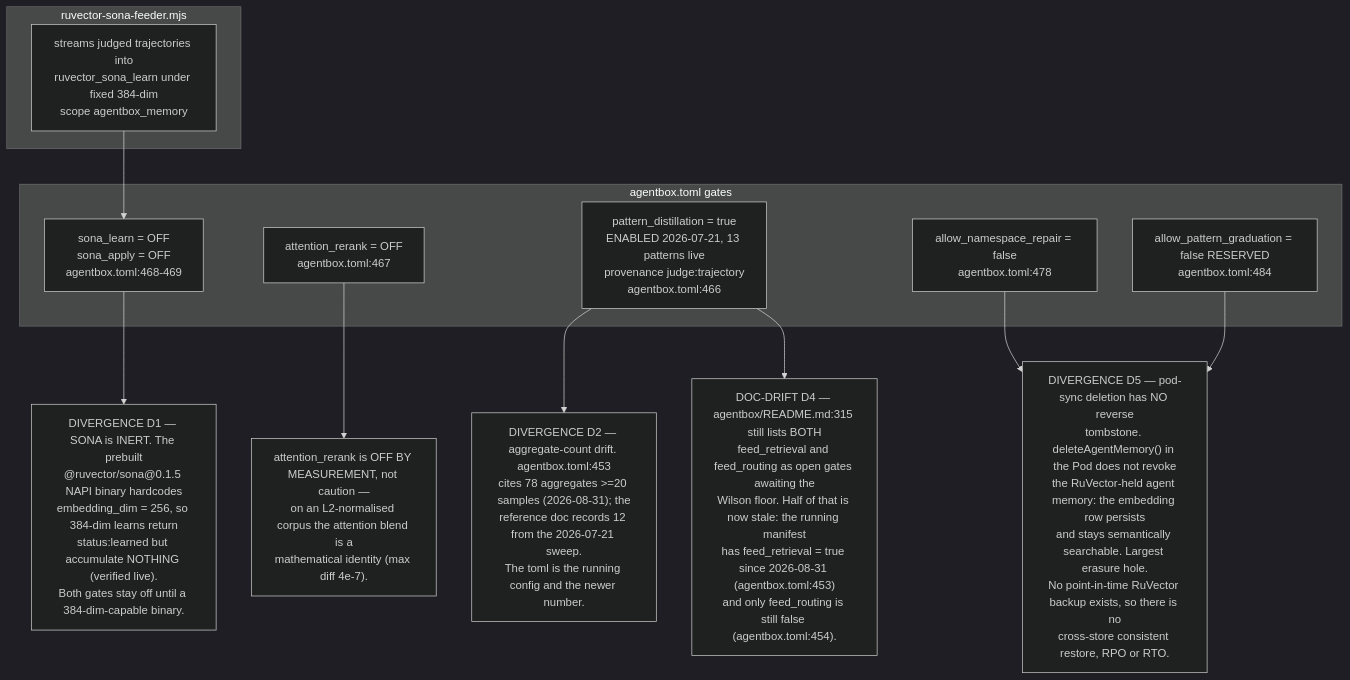
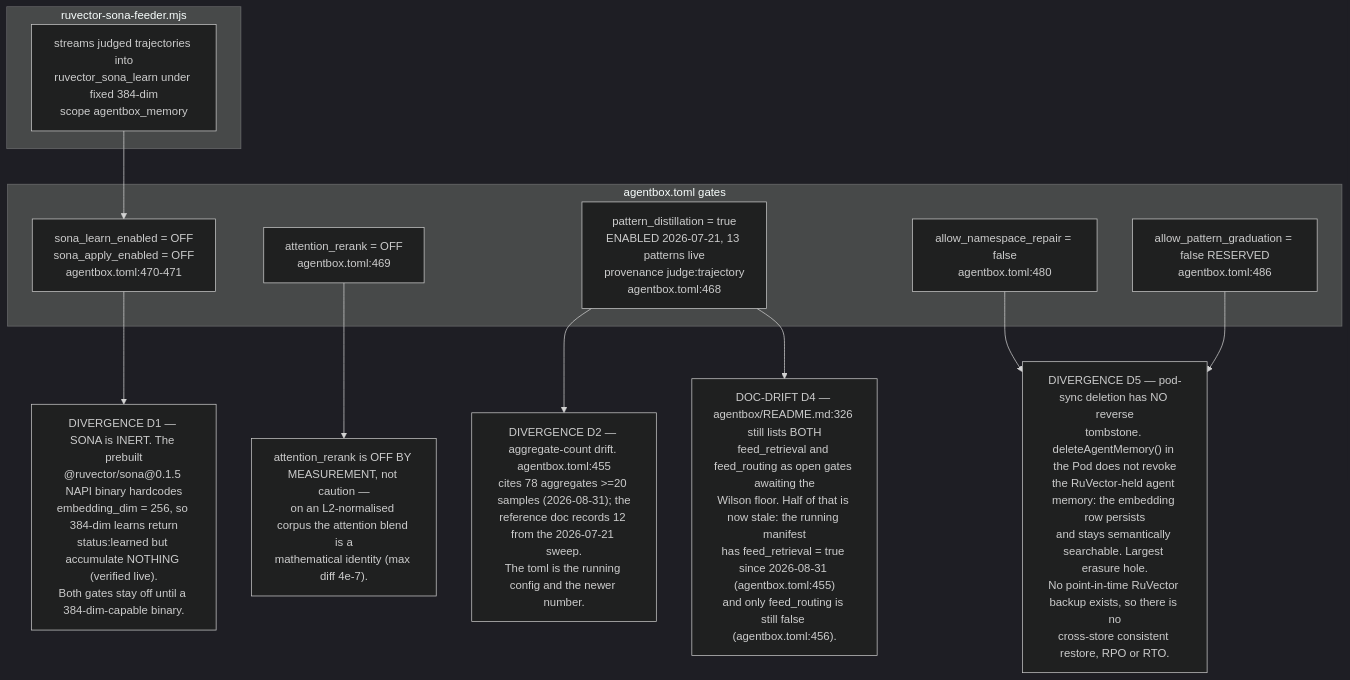
The fifth of 6 diagrams in docs/diagrams/estate/07-memory-and-embedding-estate.md (DreamLab-AI/VisionFlow), drawn with Mermaid (dark theme) before and after one commit. The commit also changed other lines of this file and 136 other files, not shown here.

First line of the commit message:
docs(diagrams): refresh the whole corpus to code HEAD and prune low-value diagrams

````diff
--- a/docs/diagrams/estate/07-memory-and-embedding-estate.md
+++ b/docs/diagrams/estate/07-memory-and-embedding-estate.md
@@ -259,26 +156,26 @@
 ```mermaid
 flowchart TB
     subgraph feeder["ruvector-sona-feeder.mjs"]
         F1["streams judged trajectories into<br/>ruvector_sona_learn under fixed 384-dim<br/>scope agentbox_memory"]
     end
     subgraph gates["agentbox.toml gates"]
-        G1["sona_learn = OFF<br/>sona_apply = OFF<br/>agentbox.toml:468-469"]
-        G2["attention_rerank = OFF<br/>agentbox.toml:467"]
-        G3["pattern_distillation = true<br/>ENABLED 2026-07-21, 13 patterns live<br/>provenance judge:trajectory<br/>agentbox.toml:466"]
-        G4["allow_namespace_repair = false<br/>agentbox.toml:478"]
-        G5["allow_pattern_graduation = false RESERVED<br/>agentbox.toml:484"]
+        G1["sona_learn_enabled = OFF<br/>sona_apply_enabled = OFF<br/>agentbox.toml:470-471"]
+        G2["attention_rerank = OFF<br/>agentbox.toml:469"]
+        G3["pattern_distillation = true<br/>ENABLED 2026-07-21, 13 patterns live<br/>provenance judge:trajectory<br/>agentbox.toml:468"]
+        G4["allow_namespace_repair = false<br/>agentbox.toml:480"]
+        G5["allow_pattern_graduation = false RESERVED<br/>agentbox.toml:486"]
     end
     D1["DIVERGENCE D1 — SONA is INERT. The prebuilt<br/>@ruvector/sona@0.1.5 NAPI binary hardcodes<br/>embedding_dim = 256, so 384-dim learns return<br/>status:learned but accumulate NOTHING (verified live).<br/>Both gates stay off until a 384-dim-capable binary."]
     D1B["attention_rerank is OFF BY MEASUREMENT, not caution —<br/>on an L2-normalised corpus the attention blend is a<br/>mathematical identity (max diff 4e-7)."]
-    D2["DIVERGENCE D2 — aggregate-count drift. agentbox.toml:453<br/>cites 78 aggregates >=20 samples (2026-08-31); the<br/>reference doc records 12 from the 2026-07-21 sweep.<br/>The toml is the running config and the newer number."]
-    D4["DOC-DRIFT D4 — agentbox/README.md:315 still lists BOTH<br/>feed_retrieval and feed_routing as open gates awaiting the<br/>Wilson floor. Half of that is now stale: the running manifest<br/>has feed_retrieval = true since 2026-08-31 (agentbox.toml:453)<br/>and only feed_routing is still false (agentbox.toml:454)."]
+    D2["DIVERGENCE D2 — aggregate-count drift. agentbox.toml:455<br/>cites 78 aggregates >=20 samples (2026-08-31); the<br/>reference doc records 12 from the 2026-07-21 sweep.<br/>The toml is the running config and the newer number."]
+    D4["DOC-DRIFT D4 — agentbox/README.md:326 still lists BOTH<br/>feed_retrieval and feed_routing as open gates awaiting the<br/>Wilson floor. Half of that is now stale: the running manifest<br/>has feed_retrieval = true since 2026-08-31 (agentbox.toml:455)<br/>and only feed_routing is still false (agentbox.toml:456)."]
     D5["DIVERGENCE D5 — pod-sync deletion has NO reverse<br/>tombstone. deleteAgentMemory() in the Pod does not revoke<br/>the RuVector-held agent memory: the embedding row persists<br/>and stays semantically searchable. Largest erasure hole.<br/>No point-in-time RuVector backup exists, so there is no<br/>cross-store consistent restore, RPO or RTO."]
 
     F1 --> G1
     G1 --> D1
     G2 --> D1B
     G3 --> D2
     G3 --> D4
     G4 --> D5
     G5 --> D5
 ```
````
